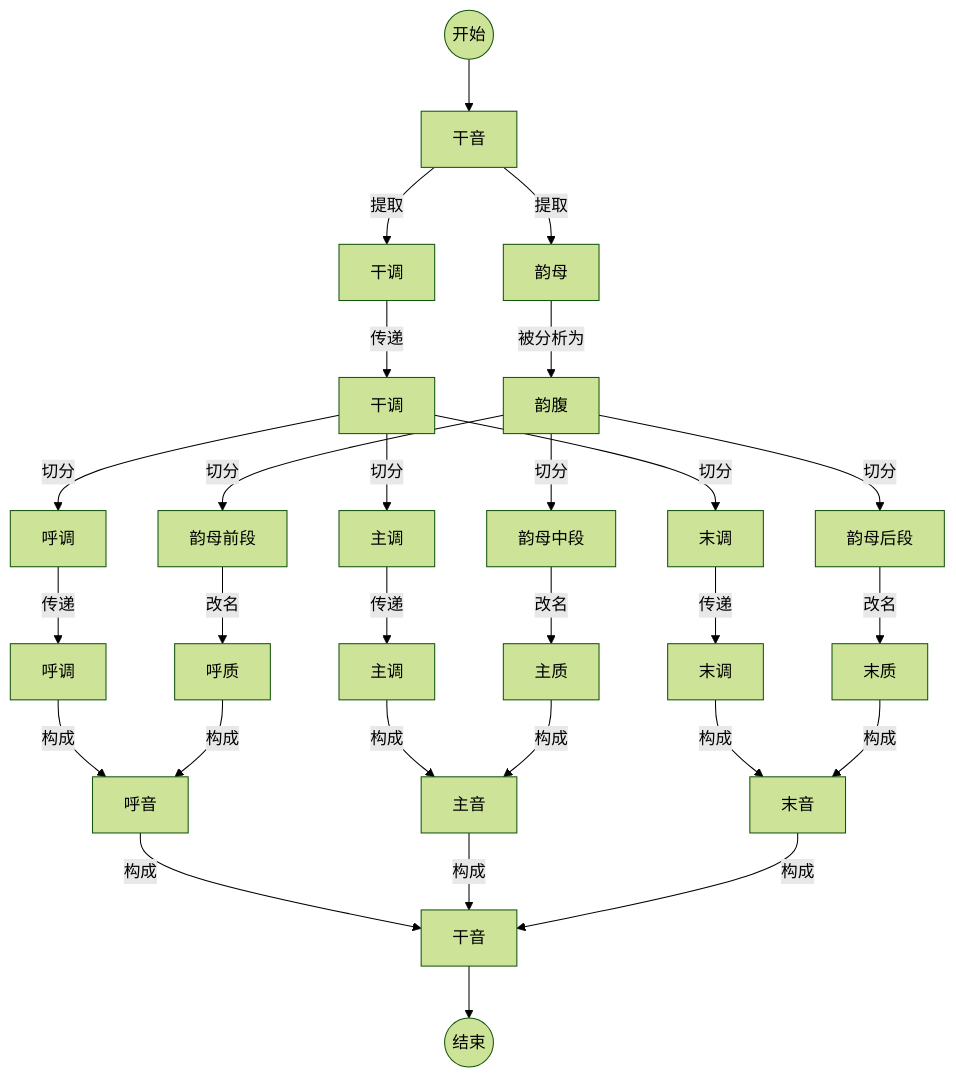
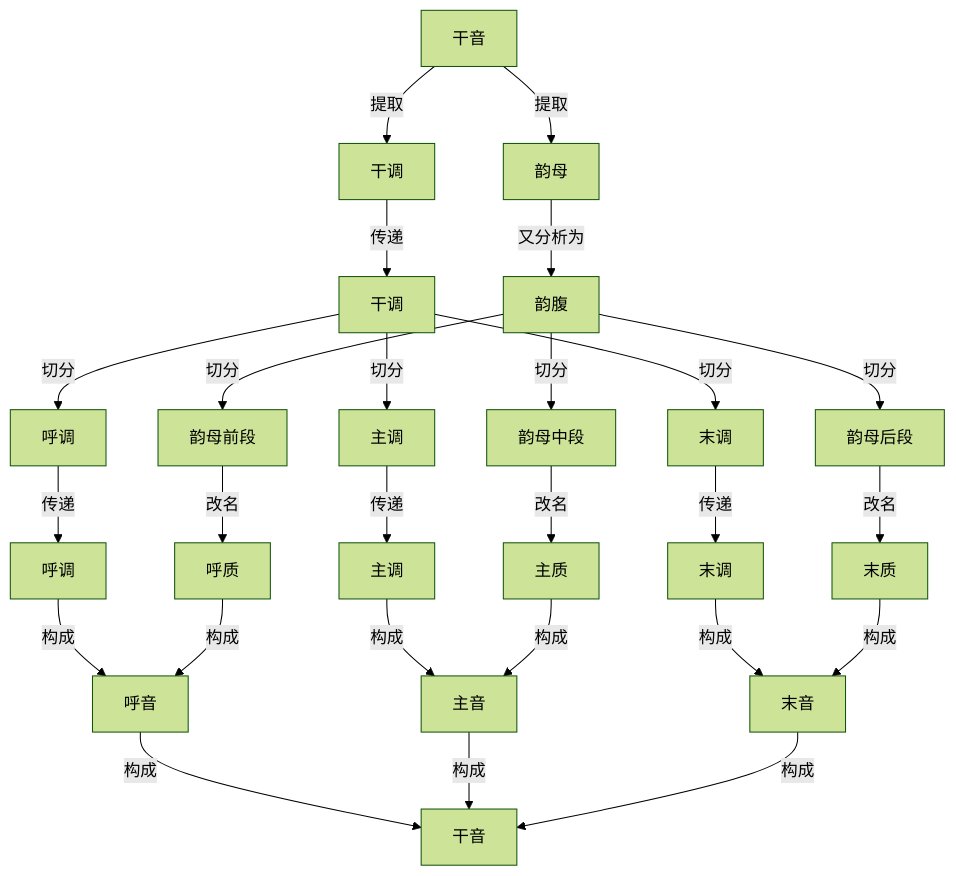
The diagram in YIME_Theory/flowchart/单质干音分析.mmd (tsaanghwang/Yime-prototype), drawn with Mermaid (forest theme) before and after one commit. The commit also changed 49 other files, not shown here.

```diff
--- a/YIME_Theory/flowchart/单质干音分析.mmd
+++ b/YIME_Theory/flowchart/单质干音分析.mmd
@@ -1,28 +1,27 @@
 graph TB
-    Start((开始)) --> A[干音]
+    A[干音]
     A --> |提取|B[干调]
     A --> |提取|C[韵母]
     B --> |传递|B1[干调]
     B1 --> |切分|B2[呼调]
     B1 --> |切分|B3[主调]
     B1 --> |切分|B4[末调]
     B2 --> |传递|K[呼调]
     B3 --> |传递|L[主调]
     B4 --> |传递|M[末调]
-    C --> |被分析为|D[韵腹]
+    C --> |又分析为|D[韵腹]
     D --> |切分|E[韵母前段]
     D --> |切分|F[韵母中段]
     D --> |切分|G[韵母后段]
     E --> |改名|H[呼质]
     F --> |改名|I[主质]
     G --> |改名|J[末质]
     K -->  |构成|N[呼音]
     H -->  |构成|N
     L -->  |构成|O[主音]
     I -->  |构成|O
     M -->  |构成|P[末音]
     J -->  |构成|P
     N -->  |构成|Q[干音]
     O -->  |构成|Q
     P -->  |构成|Q
-    Q --> End((结束))
```
